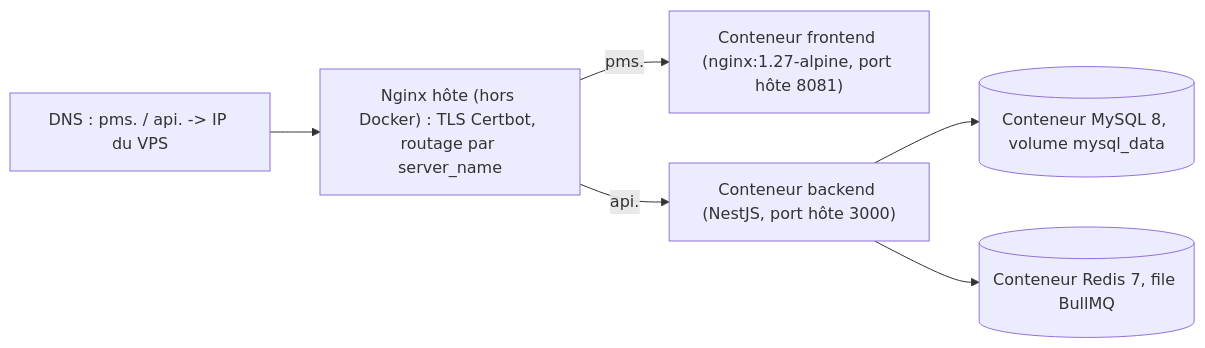
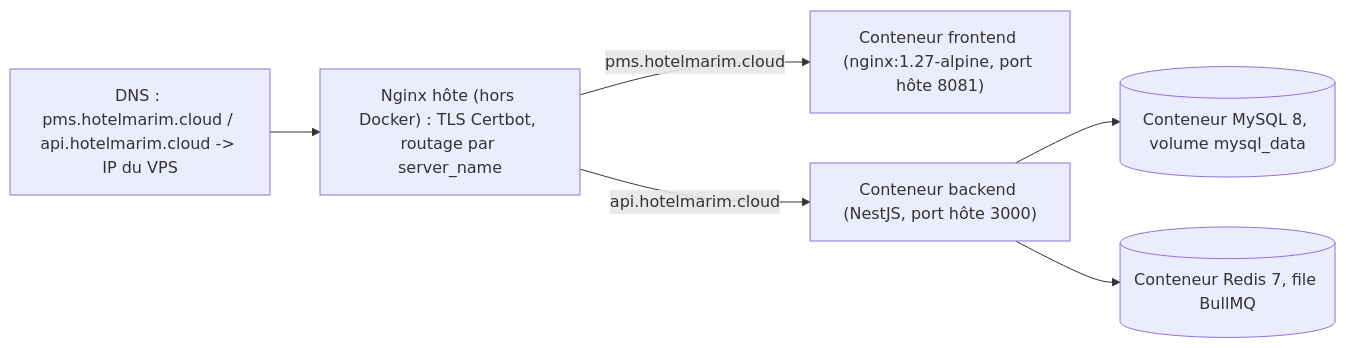
Before and after one commit to fasopost2965/MakarimPMS: the diagram in docs/operations/OPERATIONS_RUNBOOK.md, drawn with Mermaid. The commit also changed other lines of this file and 7 other files, not shown here.

First line of the commit message:
fix(CH-058): déploiement production hotelmarim.cloud — bug VITE_API_URL bloquant

````diff
--- a/docs/operations/OPERATIONS_RUNBOOK.md
+++ b/docs/operations/OPERATIONS_RUNBOOK.md
@@ -21,8 +21,8 @@
 ```mermaid
 flowchart LR
-    DNS["DNS : pms.<domaine> / api.<domaine> -> IP du VPS"] --> NGX["Nginx hôte (hors Docker) : TLS Certbot, routage par server_name"]
-    NGX -->|"pms.<domaine>"| FE["Conteneur frontend (nginx:1.27-alpine, port hôte 8081)"]
-    NGX -->|"api.<domaine>"| BE["Conteneur backend (NestJS, port hôte 3000)"]
+    DNS["DNS : pms.hotelmarim.cloud / api.hotelmarim.cloud -> IP du VPS"] --> NGX["Nginx hôte (hors Docker) : TLS Certbot, routage par server_name"]
+    NGX -->|"pms.hotelmarim.cloud"| FE["Conteneur frontend (nginx:1.27-alpine, port hôte 8081)"]
+    NGX -->|"api.hotelmarim.cloud"| BE["Conteneur backend (NestJS, port hôte 3000)"]
     BE --> DB[("Conteneur MySQL 8, volume mysql_data")]
     BE --> Cache[("Conteneur Redis 7, file BullMQ")]
 ```
````
